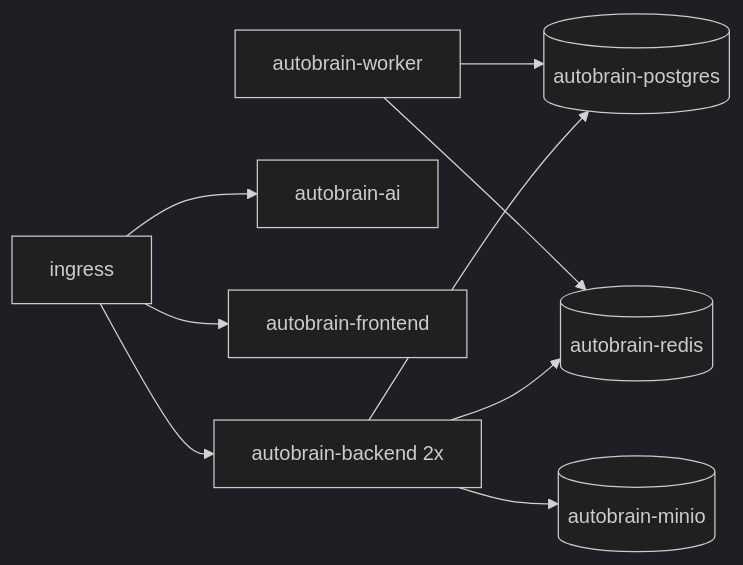
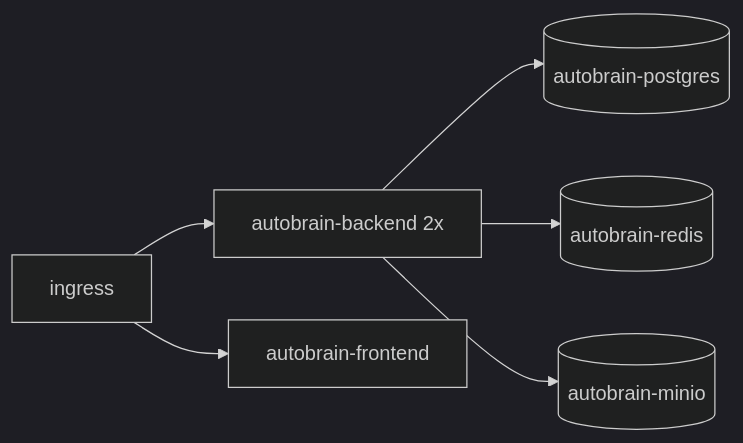
The fourth of 4 diagrams in docs/Deployment-and-Infrastructure/infrastructure-diagrams.md (CannonFodder151/autobrain), drawn with Mermaid (dark theme) before and after one commit. The commit also changed other lines of this file and 7 other files, not shown here.

````diff
--- a/docs/Deployment-and-Infrastructure/infrastructure-diagrams.md
+++ b/docs/Deployment-and-Infrastructure/infrastructure-diagrams.md
@@ -44,11 +51,8 @@
 ```mermaid
 graph LR
     Ingress[ingress] --> B2[autobrain-backend 2x]
-    Ingress --> AI2[autobrain-ai]
     Ingress --> FE2[autobrain-frontend]
     B2 --> PG[(autobrain-postgres)]
     B2 --> RD[(autobrain-redis)]
     B2 --> MN[(autobrain-minio)]
-    WorkerK[autobrain-worker] --> RD
-    WorkerK --> PG
 ```
````
